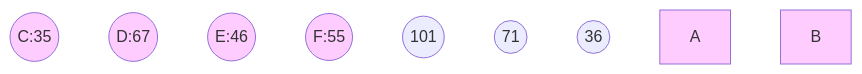
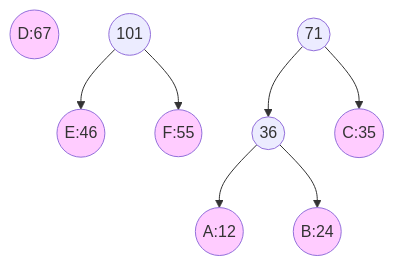
One commit to dmjcb/dmjcb.github.io changed the fourth of 7 diagrams in _posts/DataStructures/Tree/BinaryTree/2020-01-16-哈夫曼树.md. Above: the diagram before and after it, drawn with Mermaid. The commit also changed other lines of this file and 122 other files, not shown here.

Commit message:
修复图形显示BUG

````diff
--- a/_posts/DataStructures/Tree/BinaryTree/2020-01-16-哈夫曼树.md
+++ b/_posts/DataStructures/Tree/BinaryTree/2020-01-16-哈夫曼树.md
@@ -90,21 +96,27 @@
 ```mermaid
 graph TB
     C((C:35))
     D((D:67))
     E((E:46))
     F((F:55))
 
     Z((101))
+    Z --> E
+    Z --> F
 
     Y((71))
     X((36)) 
 
+    Y --> X
+    Y --> C((C:35))
+    X --> A((A:12))
+    X --> B((B:24))
     
     A:::Style
     B:::Style
     C:::Style
     D:::Style
     E:::Style
     F:::Style
     classDef Style fill:#FFCCFF
 ```
````
